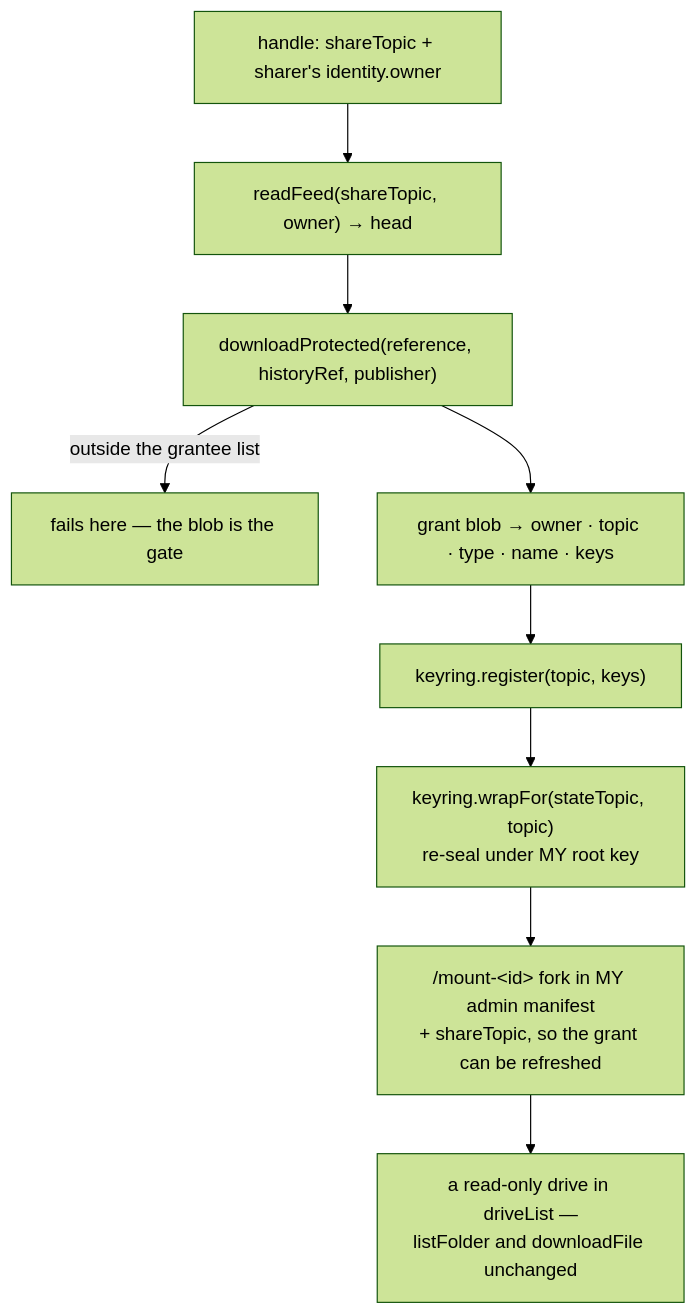
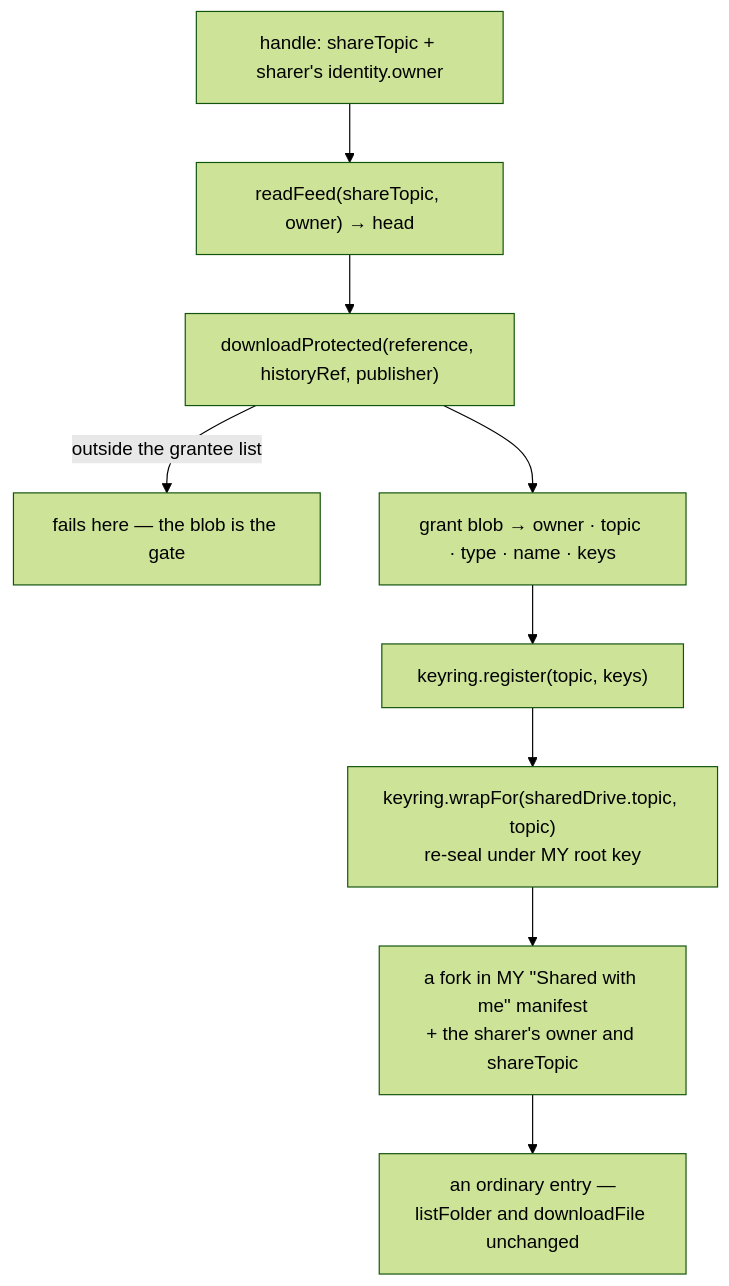
The third of 4 diagrams in docs/ACCESS_CONTROL.md (Solar-Punk-Ltd/file-manager-lib), drawn with Mermaid (forest theme) before and after one commit. The commit also changed other lines of this file and 9 other files, not shown here.

````diff
--- a/docs/ACCESS_CONTROL.md
+++ b/docs/ACCESS_CONTROL.md
@@ -221,11 +236,11 @@
 ```mermaid
 flowchart TD
     H["handle: shareTopic + sharer's identity.owner"] --> R1["readFeed(shareTopic, owner) → head"]
     R1 --> R2["downloadProtected(reference, historyRef, publisher)"]
     R2 -->|"outside the grantee list"| X["fails here — the blob is the gate"]
     R2 --> R3["grant blob → owner · topic · type · name · keys"]
     R3 --> R4["keyring.register(topic, keys)"]
-    R4 --> R5["keyring.wrapFor(stateTopic, topic)<br/>re-seal under MY root key"]
-    R5 --> R6["/mount-&lt;id&gt; fork in MY admin manifest<br/>+ shareTopic, so the grant can be refreshed"]
-    R6 --> R7["a read-only drive in driveList —<br/>listFolder and downloadFile unchanged"]
+    R4 --> R5["keyring.wrapFor(sharedDrive.topic, topic)<br/>re-seal under MY root key"]
+    R5 --> R6["a fork in MY &quot;Shared with me&quot; manifest<br/>+ the sharer's owner and shareTopic"]
+    R6 --> R7["an ordinary entry —<br/>listFolder and downloadFile unchanged"]
 ```
````
